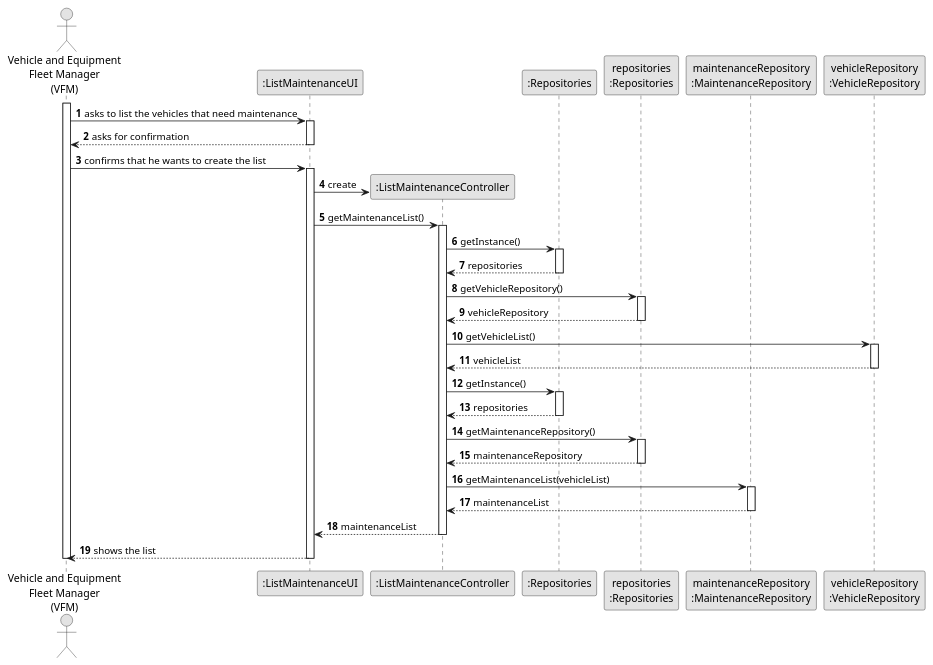
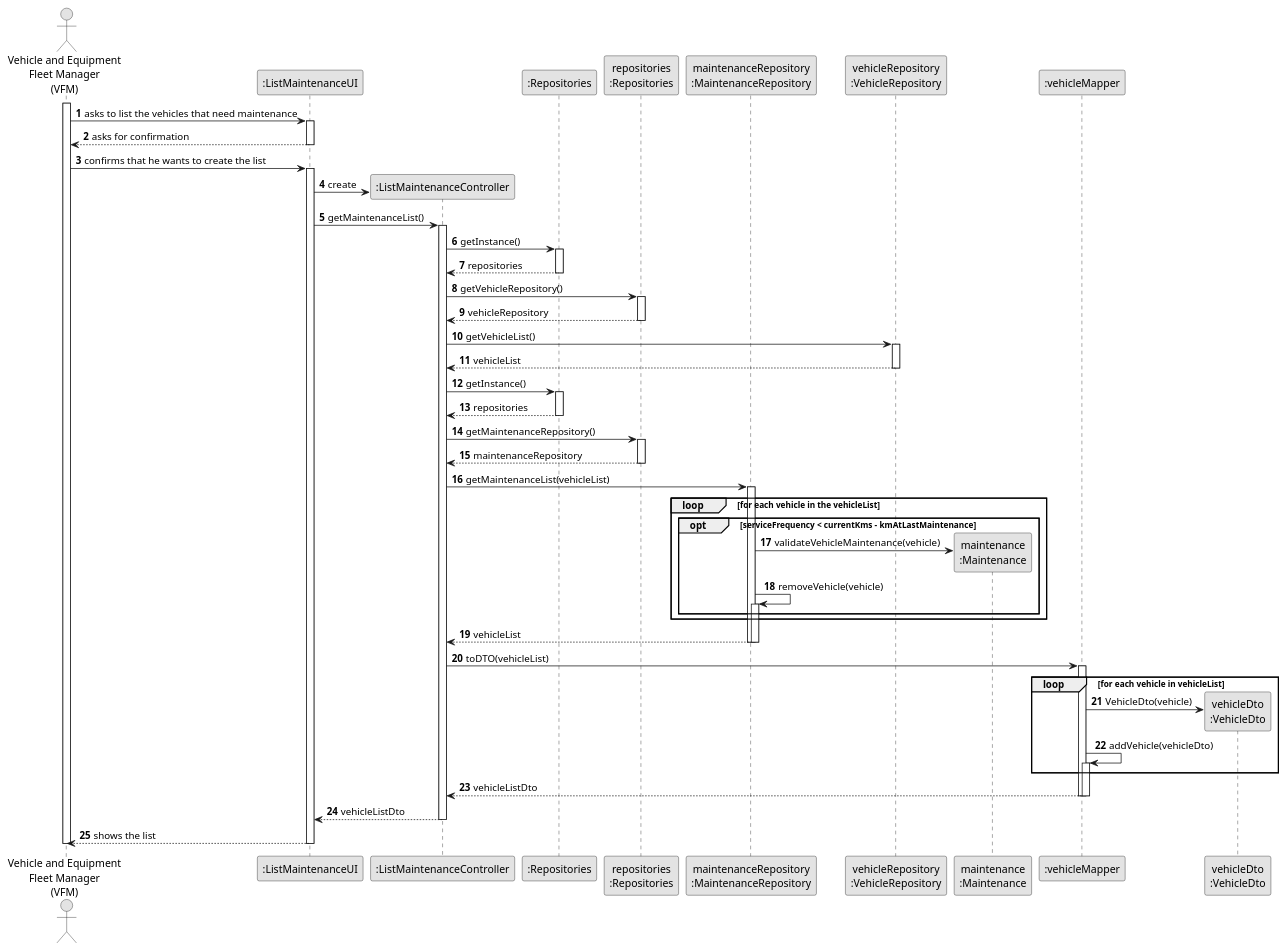
The diagram in docs/sprintC/us008/03.design/puml/us008-sequence-diagram-full.puml (diogoveirospro/lei-24-s2-1dg-g072), drawn with PlantUML before and after one commit.

Commit message:
US08 ssd full done

```diff
--- a/docs/sprintC/us008/03.design/puml/us008-sequence-diagram-full.puml
+++ b/docs/sprintC/us008/03.design/puml/us008-sequence-diagram-full.puml
@@ -1,82 +1,109 @@
 @startuml
 skinparam monochrome true
 skinparam packageStyle rectangle
 skinparam shadowing false
 
 autonumber
 
 'hide footbox
 actor "Vehicle and Equipment\nFleet Manager\n(VFM)" as VFM
 participant ":ListMaintenanceUI" as UI
 participant ":ListMaintenanceController" as CTRL
 participant ":Repositories" as RepositorySingleton
 participant "repositories\n:Repositories" as REP
 participant "maintenanceRepository\n:MaintenanceRepository" as maintenanceRepository
 participant "vehicleRepository\n:VehicleRepository" as vehicleRepository
-
+participant "maintenance\n:Maintenance" as maintenance
+participant ":vehicleMapper" as Mapper
+participant "vehicleDto\n:VehicleDto" as DTO
 
 activate VFM
 
         VFM -> UI : asks to list the vehicles that need maintenance
 
         activate UI
 
             UI --> VFM : asks for confirmation
         deactivate UI
             VFM -> UI : confirms that he wants to create the list
         activate UI
 
             UI -> CTRL** : create
 
             UI -> CTRL : getMaintenanceList()
             activate CTRL
 
                 CTRL -> RepositorySingleton : getInstance()
 
                 activate RepositorySingleton
 
                     RepositorySingleton --> CTRL : repositories
                 deactivate RepositorySingleton
 
                 CTRL -> REP : getVehicleRepository()
                 activate REP
 
                     REP --> CTRL : vehicleRepository
                 deactivate REP
 
                 CTRL -> vehicleRepository : getVehicleList()
                 activate vehicleRepository
 
                     vehicleRepository --> CTRL : vehicleList
                 deactivate vehicleRepository
                 CTRL -> RepositorySingleton : getInstance()
                 activate RepositorySingleton
 
                     RepositorySingleton --> CTRL: repositories
                 deactivate RepositorySingleton
 
                 CTRL -> REP : getMaintenanceRepository()
                 activate REP
 
                     REP --> CTRL: maintenanceRepository
                 deactivate REP
 
                 CTRL -> maintenanceRepository : getMaintenanceList(vehicleList)
+                loop for each vehicle in the vehicleList
 
                 activate maintenanceRepository
+                        opt serviceFrequency < currentKms - kmAtLastMaintenance
+                        maintenanceRepository -> maintenance** : validateVehicleMaintenance(vehicle)
+                                maintenanceRepository -> maintenanceRepository : removeVehicle(vehicle)
+                                activate maintenanceRepository
+                        end
 
-                        maintenanceRepository --> CTRL : maintenanceList
+
+
+
+                        end
+                        maintenanceRepository --> CTRL : vehicleList
+                        deactivate maintenanceRepository
+
                 deactivate maintenanceRepository
 
-            deactivate maintenanceRepository
+                deactivate maintenanceRepository
 
-            CTRL --> UI: maintenanceList
+            CTRL -> Mapper : toDTO(vehicleList)
+            activate Mapper
+                    loop for each vehicle in vehicleList
+
+                        Mapper -> DTO** : VehicleDto(vehicle)
+
+                        Mapper -> Mapper : addVehicle(vehicleDto)
+                        activate Mapper
+                    end
+                    Mapper --> CTRL : vehicleListDto
+                    deactivate Mapper
+
+            deactivate Mapper
+            CTRL --> UI: vehicleListDto
             deactivate CTRL
             UI --> VFM: shows the list
     deactivate UI
 
 deactivate VFM
 
 
 
 @enduml
```
